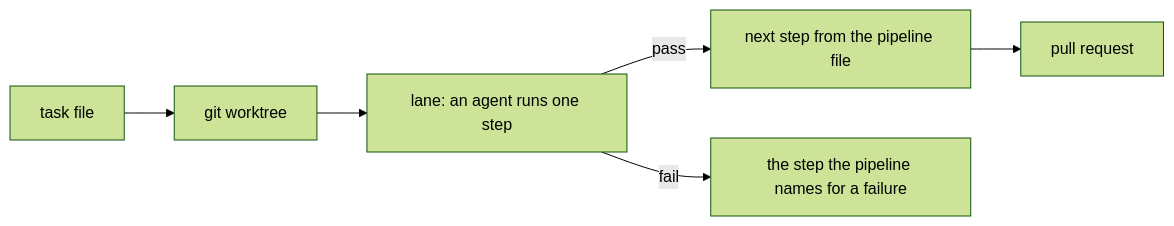
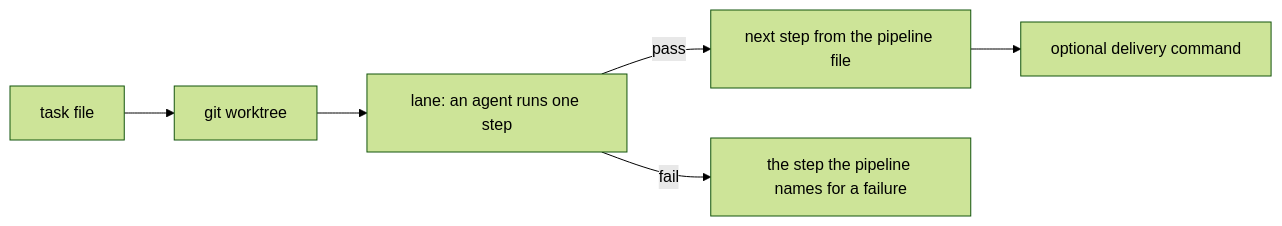
Before and after one commit to marvingygas/spoolway: the diagram in DOCS.md, drawn with Mermaid (forest theme). The commit also changed other lines of this file and 16 other files, not shown here.

````diff
--- a/DOCS.md
+++ b/DOCS.md
@@ -49,8 +50,8 @@
 ```mermaid
 flowchart LR
   T[task file] --> W[git worktree]
   W --> L[lane: an agent runs one step]
   L -->|pass| N[next step from the pipeline file]
   L -->|fail| F[the step the pipeline names for a failure]
-  N --> PR[pull request]
+  N --> H[optional delivery command]
 ```
````
